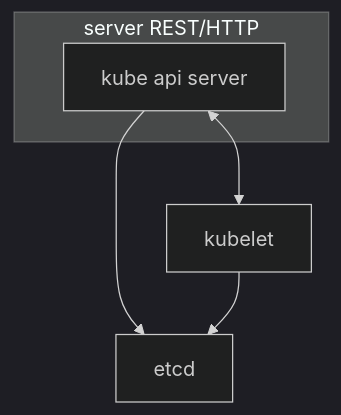
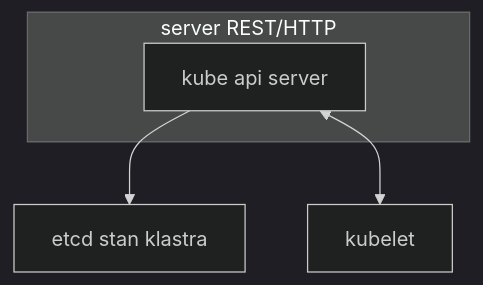
The diagram in README.md (DanyAAD90/k8s_understanding), drawn with Mermaid (dark theme) before and after one commit.

````diff
--- a/README.md
+++ b/README.md
@@ -4,9 +4,8 @@
 ```mermaid
 flowchart TD
-A[kube api server] --> B[etcd]
-C[stan klastra] --> B
+A[kube api server] --> B[etcd stan klastra]
 A <--> C[kubelet]
 subgraph server REST/HTTP
 A
 end
 ```
````
